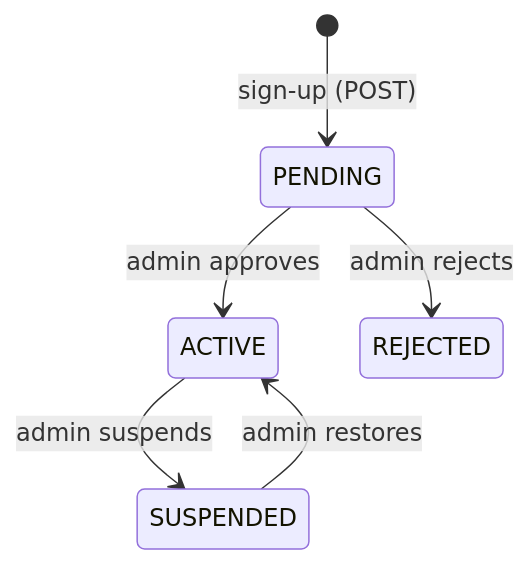
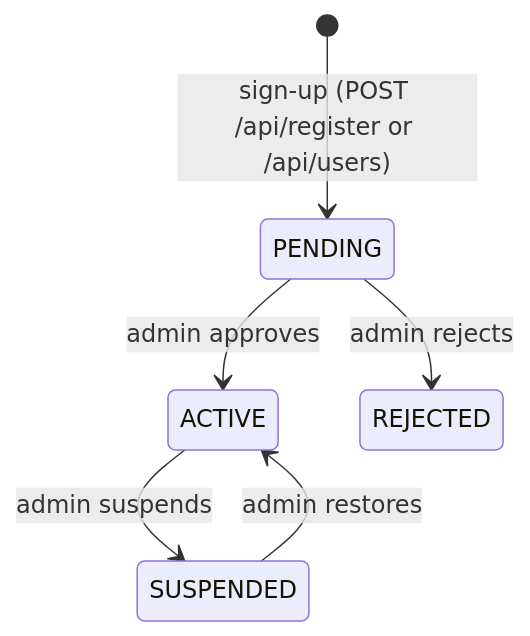
One commit to gulnihalarikaymak/alumni changed the second of 2 diagrams in DDD.md. Above: the diagram before and after it, drawn with Mermaid. The commit also changed other lines of this file and 30 other files, not shown here.

First line of the commit message:
feat(registration): add register page and POST /api/register

````diff
--- a/DDD.md
+++ b/DDD.md
@@ -110,8 +111,8 @@
 ```mermaid
 stateDiagram-v2
-    [*] --> PENDING : sign-up (POST)
+    [*] --> PENDING : sign-up (POST /api/register or /api/users)
     PENDING --> ACTIVE : admin approves
     PENDING --> REJECTED : admin rejects
     ACTIVE --> SUSPENDED : admin suspends
     SUSPENDED --> ACTIVE : admin restores
 ```
````
